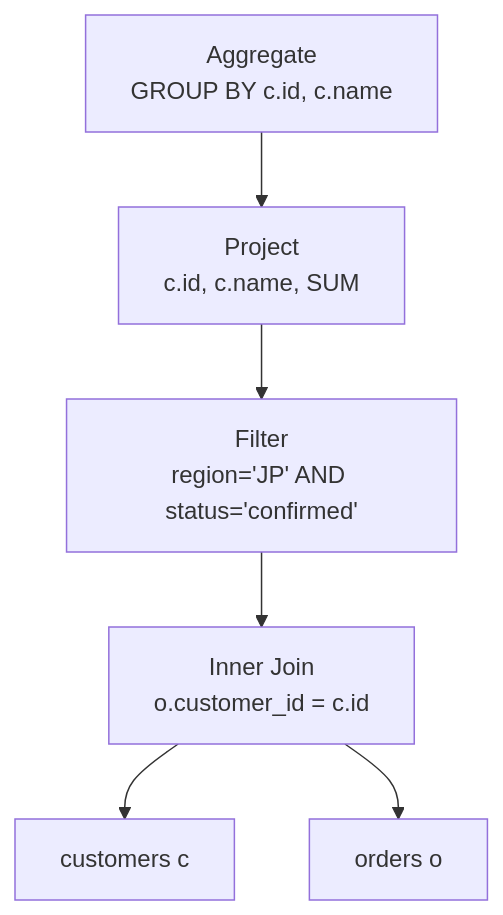
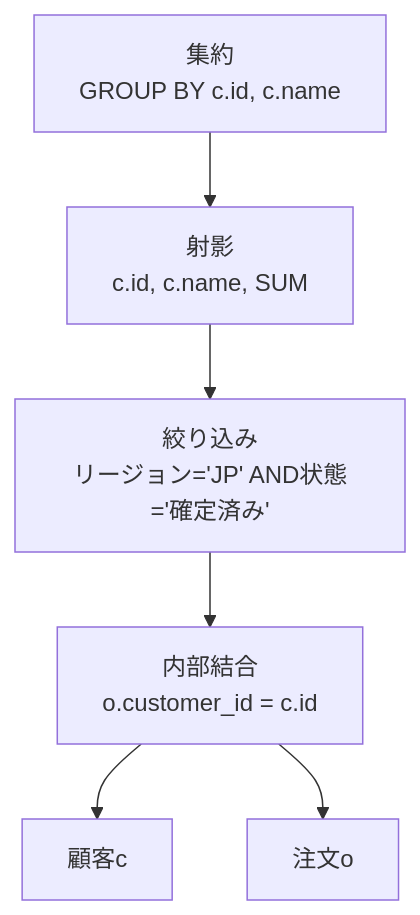
One commit to hirunebot/database-systems-book changed the third of 5 diagrams in src/content/docs/03-query-processing/06-sql-logical-plans.md. Above: the diagram before and after it, drawn with Mermaid. The commit also changed other lines of this file and 42 other files, not shown here.

````diff
--- a/src/content/docs/03-query-processing/06-sql-logical-plans.md
+++ b/src/content/docs/03-query-processing/06-sql-logical-plans.md
@@ -128,14 +128,14 @@
 ```mermaid
 flowchart TB
-    A["Aggregate<br/>GROUP BY c.id, c.name"]
-    P["Project<br/>c.id, c.name, SUM"]
-    F["Filter<br/>region='JP' AND status='confirmed'"]
-    J["Inner Join<br/>o.customer_id = c.id"]
-    C["customers c"]
-    O["orders o"]
+    A["集約<br/>GROUP BY c.id, c.name"]
+    P["射影<br/>c.id, c.name, SUM"]
+    F["絞り込み<br/>リージョン='JP' AND状態='確定済み'"]
+    J["内部結合<br/>o.customer_id = c.id"]
+    C["顧客c"]
+    O["注文o"]
     A --> P
     P --> F
     F --> J
     J --> C
     J --> O
 ```
````
